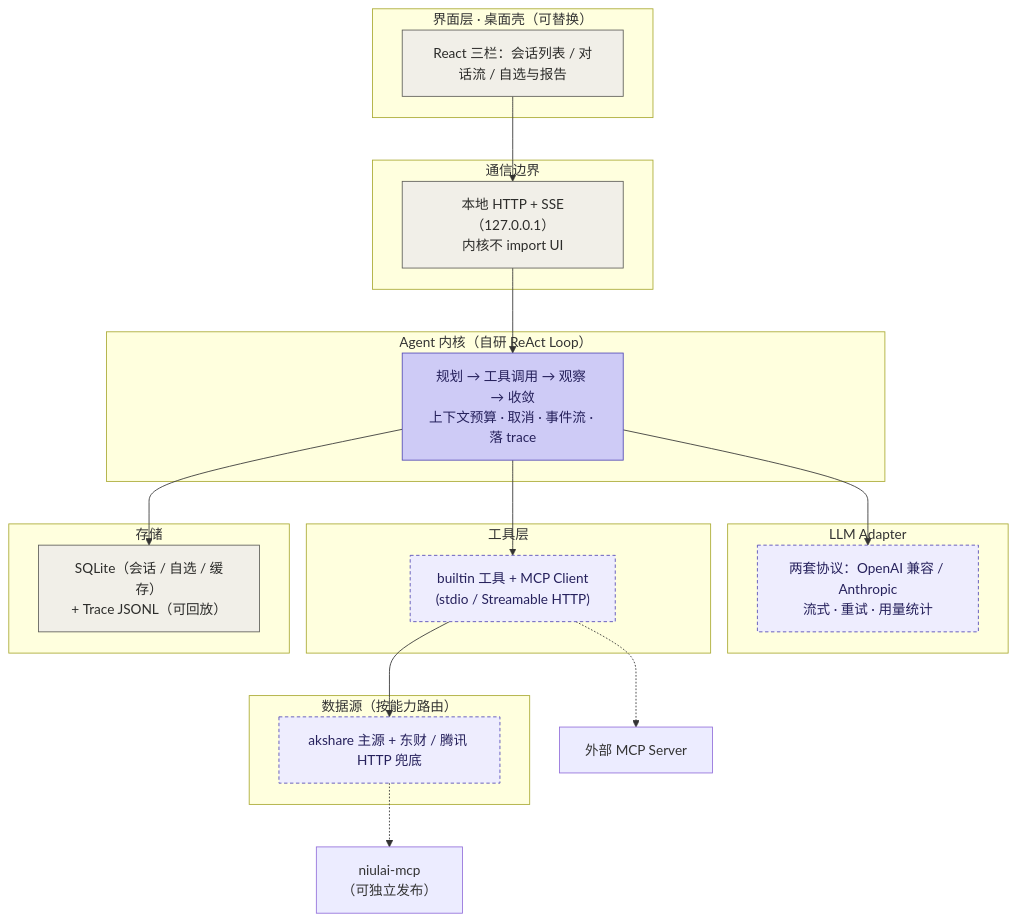
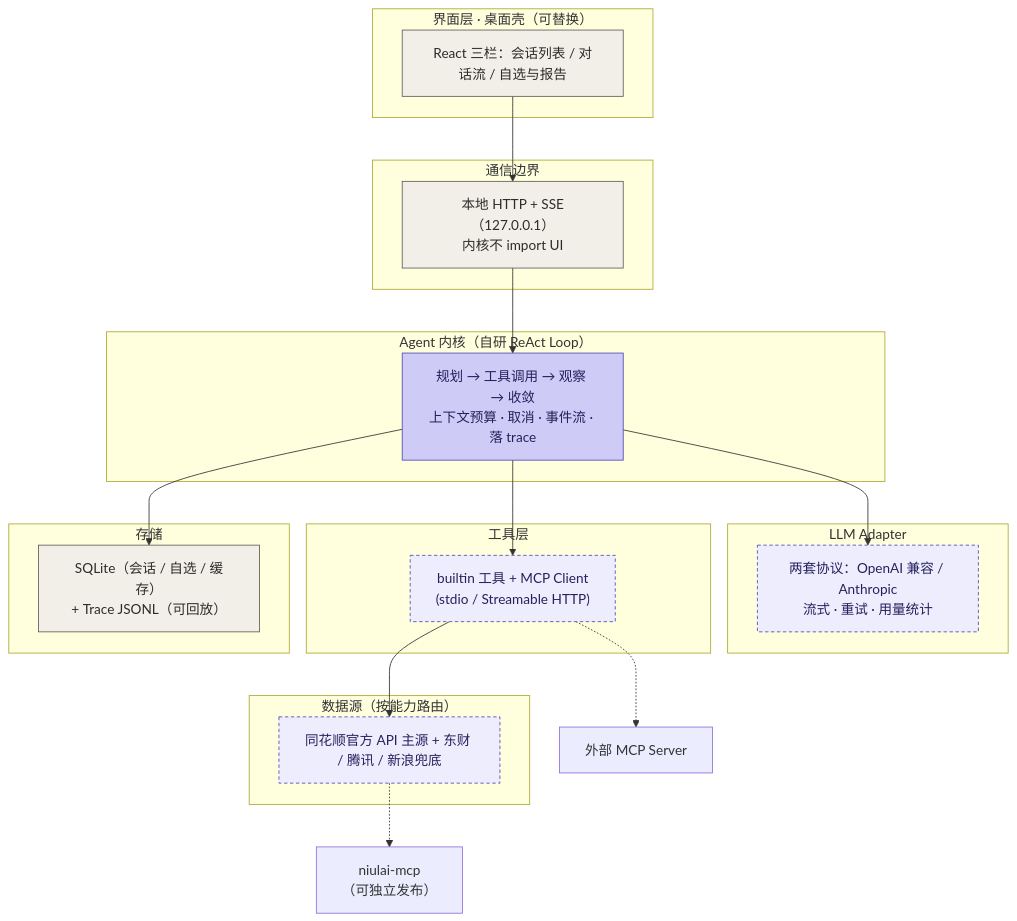
One commit to hy-real/niulai changed the first of 2 diagrams in docs/architecture.md. Above: the diagram before and after it, drawn with Mermaid. The commit also changed other lines of this file and 21 other files, not shown here.

````diff
--- a/docs/architecture.md
+++ b/docs/architecture.md
@@ -62,46 +62,46 @@
 ```mermaid
 flowchart TD
     subgraph L1["界面层 · 桌面壳（可替换）"]
         UI["React 三栏：会话列表 / 对话流 / 自选与报告"]
     end
 
     subgraph L2["通信边界"]
         API["本地 HTTP + SSE（127.0.0.1）<br/>内核不 import UI"]
     end
 
     subgraph L3["Agent 内核（自研 ReAct Loop）"]
         LOOP["规划 → 工具调用 → 观察 → 收敛<br/>上下文预算 · 取消 · 事件流 · 落 trace"]
     end
 
     subgraph L4["LLM Adapter"]
         LLM["两套协议：OpenAI 兼容 / Anthropic<br/>流式 · 重试 · 用量统计"]
     end
 
     subgraph L5["工具层"]
         TOOL["builtin 工具 + MCP Client<br/>(stdio / Streamable HTTP)"]
     end
 
     subgraph L6["数据源（按能力路由）"]
-        DS["akshare 主源 + 东财 / 腾讯 HTTP 兜底"]
+        DS["同花顺官方 API 主源 + 东财 / 腾讯 / 新浪兜底"]
     end
 
     subgraph L7["存储"]
         ST["SQLite（会话 / 自选 / 缓存）<br/>+ Trace JSONL（可回放）"]
     end
 
     UI --> API --> LOOP
     LOOP --> LLM
     LOOP --> TOOL
     TOOL --> DS
     LOOP --> ST
 
     TOOL -.-> EXT["外部 MCP Server"]
     DS -.-> MCPS["niulai-mcp<br/>（可独立发布）"]
 
     classDef core fill:#CECBF6,stroke:#534AB7,stroke-width:1px,color:#26215C
     classDef infra fill:#F1EFE8,stroke:#5F5E5A,stroke-width:1px,color:#2C2C2A
     classDef side fill:#EEEDFE,stroke:#534AB7,stroke-width:1px,stroke-dasharray:4 3,color:#26215C
     class LOOP core
     class UI,API,ST infra
     class LLM,TOOL,DS side
 ```
````
